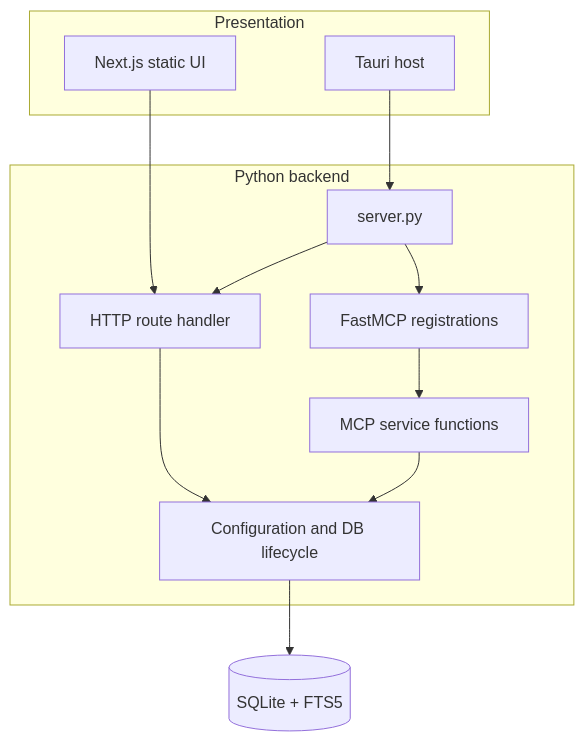
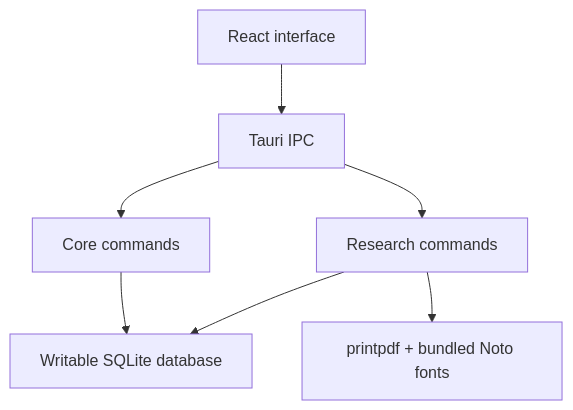
The diagram in rhemamcp_plan.md (JEDIx420/rhema_mcp), drawn with Mermaid before and after one commit. The commit also changed other lines of this file and 37 other files, not shown here.

````diff
--- a/rhemamcp_plan.md
+++ b/rhemamcp_plan.md
@@ -11,23 +7,9 @@
 ```mermaid
-flowchart TB
-    subgraph UI["Presentation"]
-      Next["Next.js static UI"]
-      Tauri["Tauri host"]
-    end
-    subgraph Python["Python backend"]
-      Entry["server.py"]
-      HTTP["HTTP route handler"]
-      MCP["FastMCP registrations"]
-      Service["MCP service functions"]
-      Config["Configuration and DB lifecycle"]
-    end
-    SQLite[("SQLite + FTS5")]
-    Next --> HTTP
-    Tauri --> Entry
-    Entry --> HTTP
-    Entry --> MCP
-    MCP --> Service
-    HTTP --> Config
-    Service --> Config
-    Config --> SQLite
+flowchart TD
+    UI["React interface"] --> IPC["Tauri IPC"]
+    IPC --> CORE["Core commands"]
+    IPC --> RESEARCH["Research commands"]
+    CORE --> DB["Writable SQLite database"]
+    RESEARCH --> DB
+    RESEARCH --> PDF["printpdf + bundled Noto fonts"]
 ```
````
